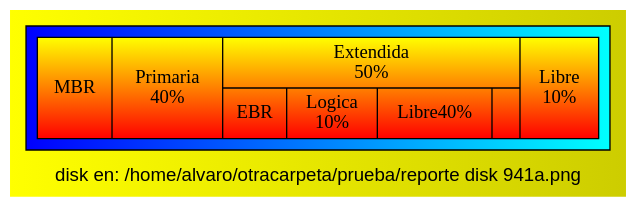
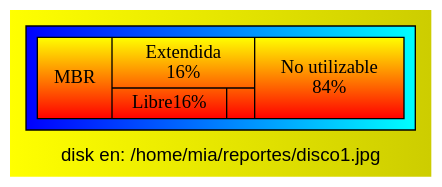
One commit to Alvaro-SP/-MIA-B-_Proyecto1_202000194 changed the diagram in src/REPORTE_DISKS_202000194.dot. Above: the diagram before and after it, drawn with Graphviz. The commit also changed 7 other files, not shown here.

```diff
--- a/src/REPORTE_DISKS_202000194.dot
+++ b/src/REPORTE_DISKS_202000194.dot
@@ -1,15 +1,15 @@
 digraph migraph{
      bgcolor="yellow:yellow3"    
  gradientangle=0   
- label="disk en: /home/alvaro/otracarpeta/prueba/reporte disk 941a.png"  
+ label="disk en: /home/mia/reportes/disco1.jpg"  
   fontcolor="black"  
   fontname="Helvetica,Arial,sans-serif"
  subgraph cluster1 {
  fillcolor="blue:cyan"
  label=""
  fontcolor="white"
  style="filled"
   node[shape=record fillcolor="red:yellow" style="filled" gradientangle=90]
- nod[label="MBR \n | Primaria \n 40%| { Extendida \n 50% | {EBR | Logica \n10% |Libre40% | } } | Libre \n 10%" ];
+ nod[label="MBR \n | { Extendida \n 16% | {Libre16% | } } | No utilizable \n 84%" ];
 }
 }
```
